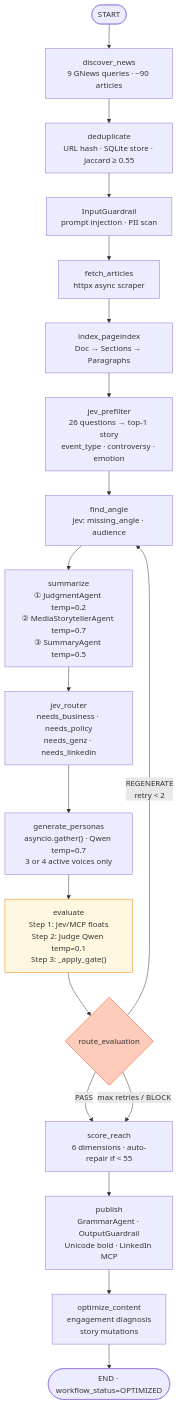
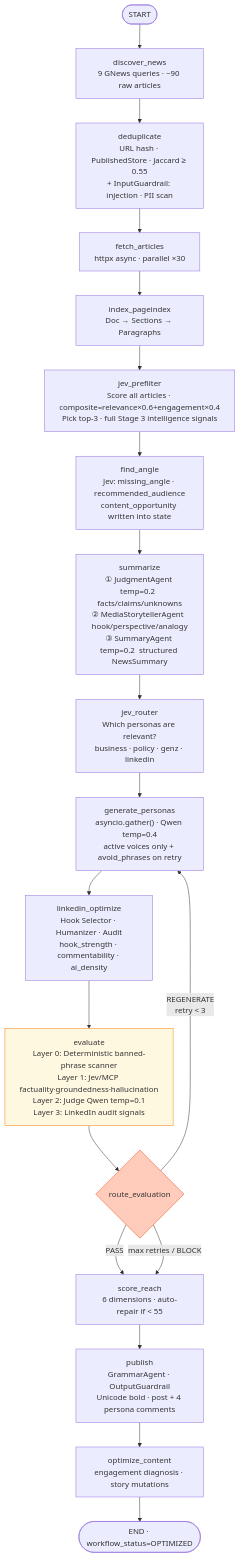
One commit to k-nishant09/AINewsFeederLinkedin changed the second of 5 diagrams in README.md. Above: the diagram before and after it, drawn with Mermaid. The commit also changed other lines of this file and 40 other files, not shown here.

````diff
--- a/README.md
+++ b/README.md
@@ -139,24 +147,24 @@
 ```mermaid
 flowchart TD
-    A(["START"]) --> B["discover_news\n9 GNews queries · ~90 articles"]
-    B --> C["deduplicate\nURL hash · SQLite store · Jaccard ≥ 0.55"]
-    C --> D["InputGuardrail\nprompt injection · PII scan"]
-    D --> E["fetch_articles\nhttpx async scraper"]
-    E --> F["index_pageindex\nDoc → Sections → Paragraphs"]
-    F --> G["jev_prefilter\n26 questions → top-1 story\nevent_type · controversy · emotion"]
-    G --> H["find_angle\nJev: missing_angle · audience"]
-    H --> I["summarize\n① JudgmentAgent temp=0.2\n② MediaStorytellerAgent temp=0.7\n③ SummaryAgent temp=0.5"]
-    I --> J["jev_router\nneeds_business · needs_policy\nneeds_genz · needs_linkedin"]
-    J --> K["generate_personas\nasyncio.gather() · Qwen temp=0.7\n3 or 4 active voices only"]
-    K --> L["evaluate\nStep 1: Jev/MCP floats\nStep 2: Judge Qwen temp=0.1\nStep 3: _apply_gate()"]
+    A(["START"]) --> B["discover_news\n9 GNews queries · ~90 raw articles"]
+    B --> C["deduplicate\nURL hash · PublishedStore · Jaccard ≥ 0.55\n+ InputGuardrail: injection · PII scan"]
+    C --> D["fetch_articles\nhttpx async · parallel ×30"]
+    D --> E["index_pageindex\nDoc → Sections → Paragraphs"]
+    E --> F["jev_prefilter\nScore all articles · composite=relevance×0.6+engagement×0.4\nPick top-3 · full Stage 3 intelligence signals"]
+    F --> G["find_angle\nJev: missing_angle · recommended_audience\ncontent_opportunity written into state"]
+    G --> H["summarize\n① JudgmentAgent temp=0.2  facts/claims/unknowns\n② MediaStorytellerAgent  hook/perspective/analogy\n③ SummaryAgent temp=0.2  structured NewsSummary"]
+    H --> I["jev_router\nWhich personas are relevant?\nbusiness · policy · genz · linkedin"]
+    I --> J["generate_personas\nasyncio.gather() · Qwen temp=0.4\nactive voices only + avoid_phrases on retry"]
+    J --> K["linkedin_optimize\nHook Selector · Humanizer · Audit\nhook_strength · commentability · ai_density"]
+    K --> L["evaluate\nLayer 0: Deterministic banned-phrase scanner\nLayer 1: Jev/MCP factuality·groundedness·hallucination\nLayer 2: Judge Qwen temp=0.1\nLayer 3: LinkedIn audit signals"]
     L --> M{"route_evaluation"}
     M -->|"PASS"| N["score_reach\n6 dimensions · auto-repair if < 55"]
-    M -->|"REGENERATE\nretry < 2"| H
+    M -->|"REGENERATE\nretry < 3"| J
     M -->|"max retries / BLOCK"| N
-    N --> O["publish\nGrammarAgent · OutputGuardrail\nUnicode bold · LinkedIn MCP"]
-    O --> P["optimize_content\nengagement diagnosis\nstory mutations"]
+    N --> O["publish\nGrammarAgent · OutputGuardrail\nUnicode bold · post + 4 persona comments"]
+    O --> P["optimize_content\nengagement diagnosis · story mutations"]
     P --> Z(["END · workflow_status=OPTIMIZED"])
 
     style M fill:#ffccbc,stroke:#e64a19
     style L fill:#fff8e1,stroke:#f57c00
 ```
````
